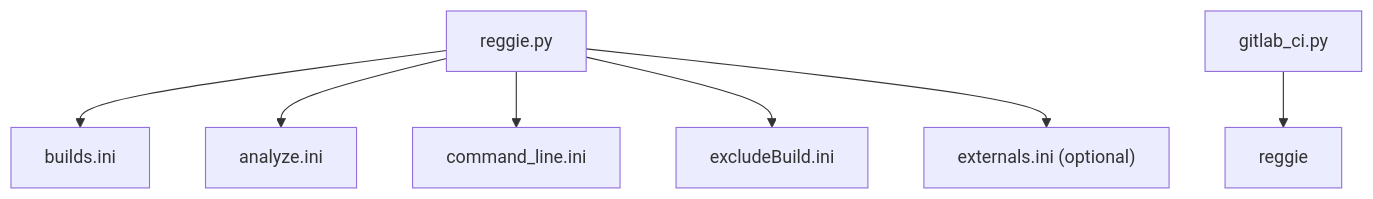
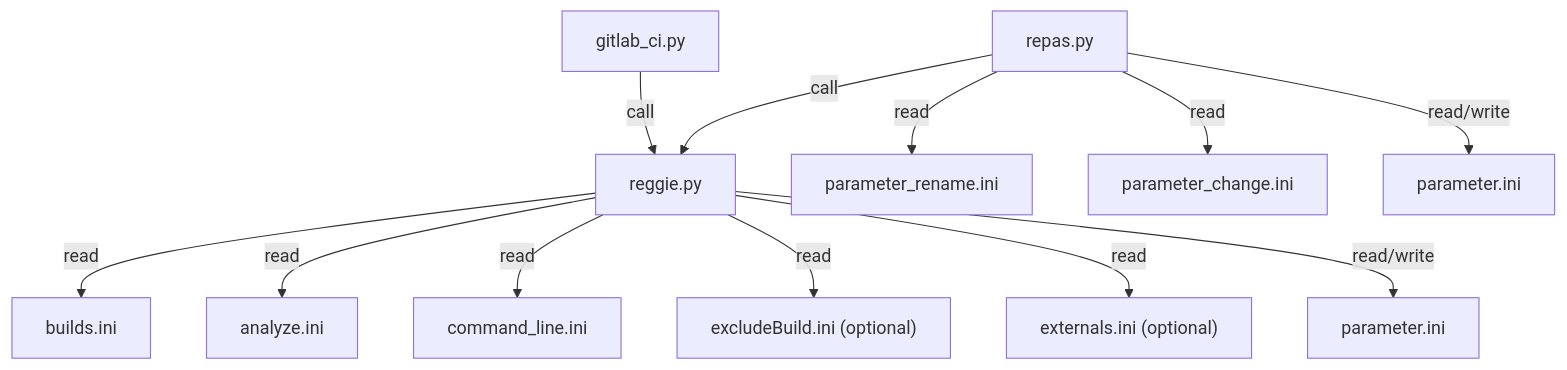
Before and after one commit to piclas-framework/reggie2.0: the diagram in README.md, drawn with Mermaid.

````diff
--- a/README.md
+++ b/README.md
@@ -2,9 +2,14 @@
 ```mermaid
 graph TD;
-  reggie.py-->builds.ini;
-  reggie.py-->analyze.ini;
-  reggie.py-->command_line.ini;
-  reggie.py-->excludeBuild.ini;
-  reggie.py-->B["externals.ini (optional)"];
-  gitlab_ci.py-->reggie;
+  gitlab_ci.py["gitlab_ci.py"]-->|call|A[reggie.py];
+  repas.py-->|call|A[reggie.py];
+  repas.py-->|read|parameter_rename.ini;
+  repas.py-->|read|parameter_change.ini;
+  repas.py-->|read/write|parameter[parameter.ini];
+  A-->|read|builds.ini;
+  A-->|read|analyze.ini;
+  A-->|read|command_line.ini;
+  A-->|read|excludeBuild.ini["excludeBuild.ini (optional)"];
+  A-->|read|B["externals.ini (optional)"];
+  A-->|read/write|parameter.ini;
 ```
````
